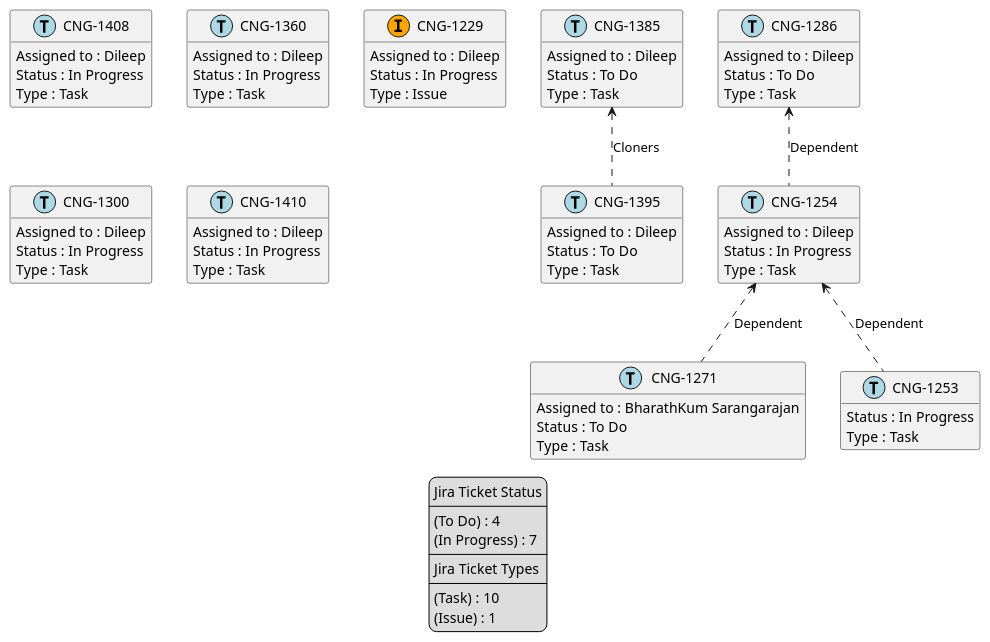
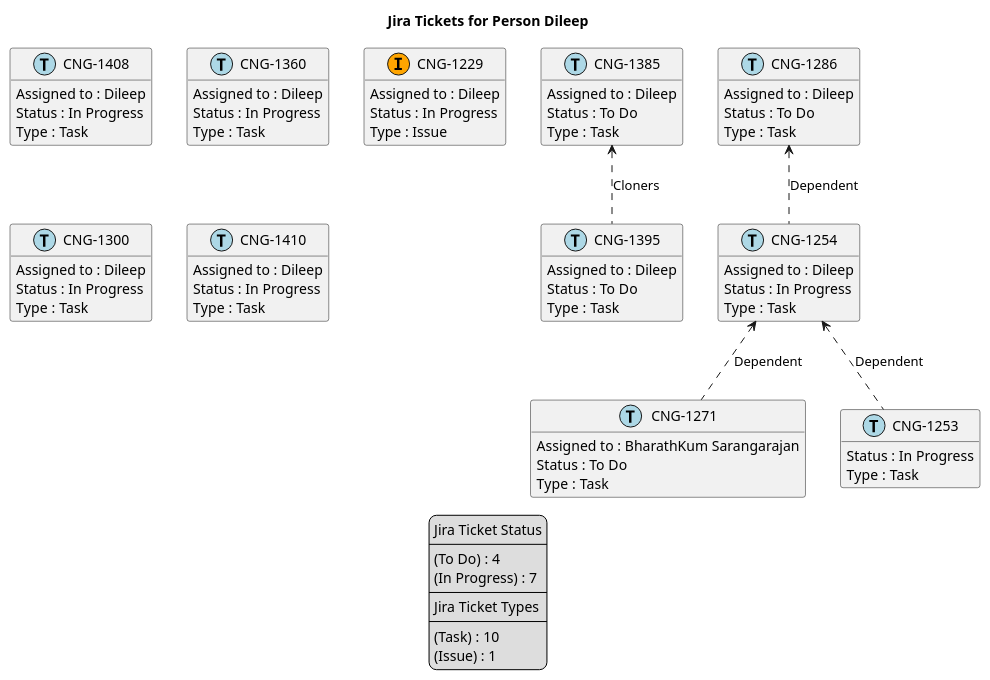
The diagram in temp/jira-Person-Dileep.puml (brunasti/jiraplotter), drawn with PlantUML before and after one commit. The commit also changed 67 other files, not shown here.

Commit message:
Adds title in diagrams

```diff
--- a/temp/jira-Person-Dileep.puml
+++ b/temp/jira-Person-Dileep.puml
@@ -1,97 +1,98 @@
 @startuml
 'https://plantuml.com/class-diagram
 
 ' GENERATE CLASS DIAGRAM ===========
-' Generated at    : Thu Apr 18 10:28:35 CEST 2024
+' Generated at    : Thu Apr 18 11:01:10 CEST 2024
 
+title Jira Tickets for Person Dileep
 hide empty members
 
 legend
 Jira Ticket Status
 ----
 (To Do) : 4
 (In Progress) : 7
 ----
 Jira Ticket Types
 ----
 (Task) : 10
 (Issue) : 1
 end legend
 
 
 ' Tickets =======
 class "CNG-1395" << (T,lightblue) >> {
   Assigned to : Dileep
   Status : To Do
   Type : Task
 }
 
 class "CNG-1408" << (T,lightblue) >> {
   Assigned to : Dileep
   Status : In Progress
   Type : Task
 }
 
 class "CNG-1271" << (T,lightblue) >> {
   Assigned to : BharathKum Sarangarajan
   Status : To Do
   Type : Task
 }
 
 class "CNG-1360" << (T,lightblue) >> {
   Assigned to : Dileep
   Status : In Progress
   Type : Task
 }
 
 class "CNG-1229" << (I,orange) >> {
   Assigned to : Dileep
   Status : In Progress
   Type : Issue
 }
 
 class "CNG-1300" << (T,lightblue) >> {
   Assigned to : Dileep
   Status : In Progress
   Type : Task
 }
 
 class "CNG-1410" << (T,lightblue) >> {
   Assigned to : Dileep
   Status : In Progress
   Type : Task
 }
 
 class "CNG-1286" << (T,lightblue) >> {
   Assigned to : Dileep
   Status : To Do
   Type : Task
 }
 
 class "CNG-1385" << (T,lightblue) >> {
   Assigned to : Dileep
   Status : To Do
   Type : Task
 }
 
 class "CNG-1253" << (T,lightblue) >> {
   Status : In Progress
   Type : Task
 }
 
 class "CNG-1254" << (T,lightblue) >> {
   Assigned to : Dileep
   Status : In Progress
   Type : Task
 }
 
 
 
 ' Links =======
 "CNG-1286" <.. "CNG-1254" : Dependent
 "CNG-1385" <.. "CNG-1395" : Cloners
 "CNG-1254" <.. "CNG-1253" : Dependent
 "CNG-1254" <.. "CNG-1271" : Dependent
 
 
 @enduml
```
